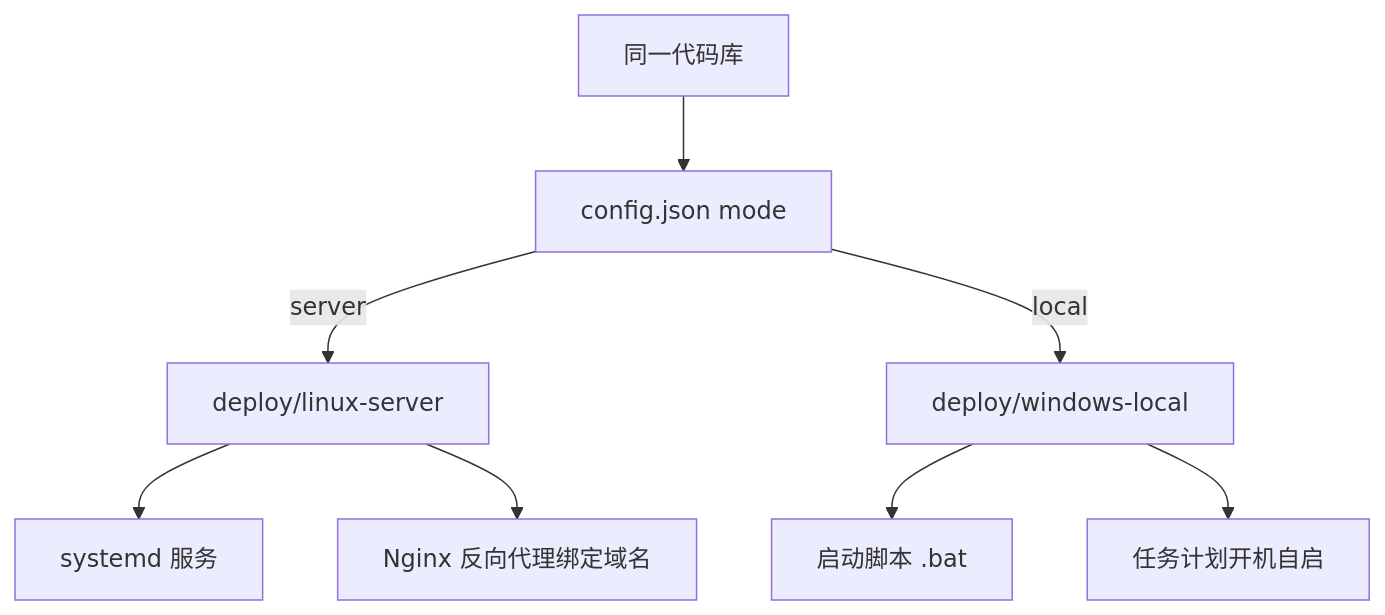
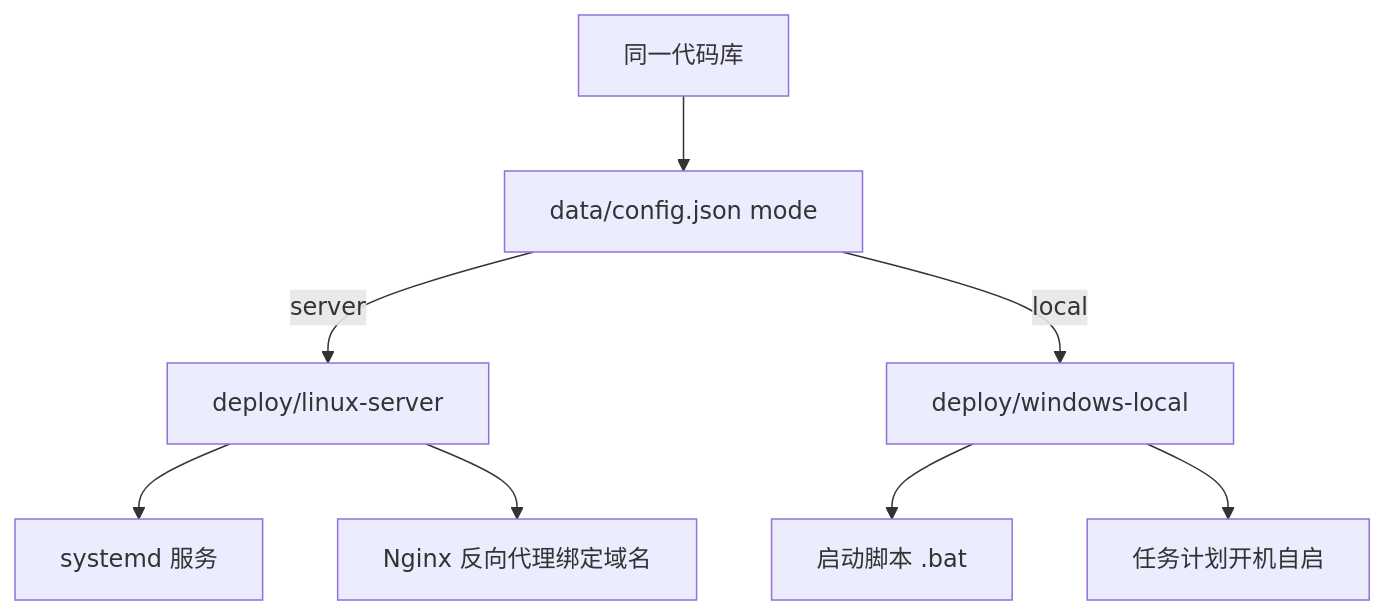
The diagram in docs/wiki/部署运维/设置与两套版本.md (zylyes/tavily-key), drawn with Mermaid before and after one commit. The commit also changed other lines of this file and 42 other files, not shown here.

````diff
--- a/docs/wiki/部署运维/设置与两套版本.md
+++ b/docs/wiki/部署运维/设置与两套版本.md
@@ -78,10 +78,10 @@
 ```mermaid
 graph TD
-    A[同一代码库] --> B[config.json mode]
+    A[同一代码库] --> B[data/config.json mode]
     B -->|server| C[deploy/linux-server]
     B -->|local| D[deploy/windows-local]
     C --> C1[systemd 服务]
     C --> C2[Nginx 反向代理绑定域名]
     D --> D1[启动脚本 .bat]
     D --> D2[任务计划开机自启]
 ```
````
